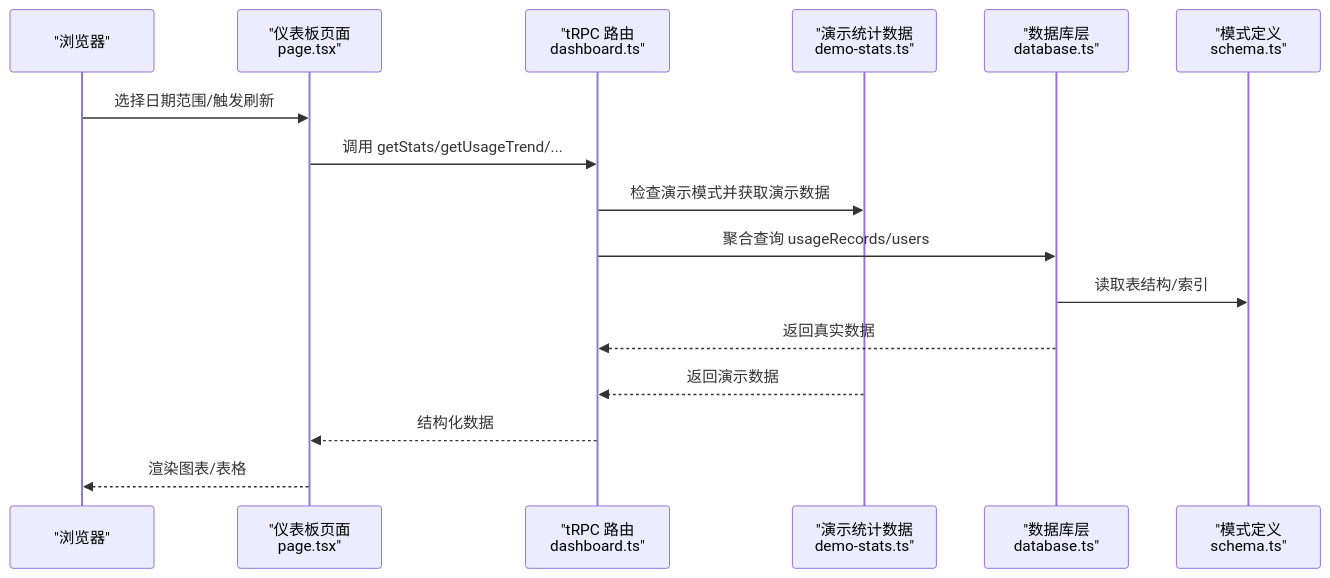
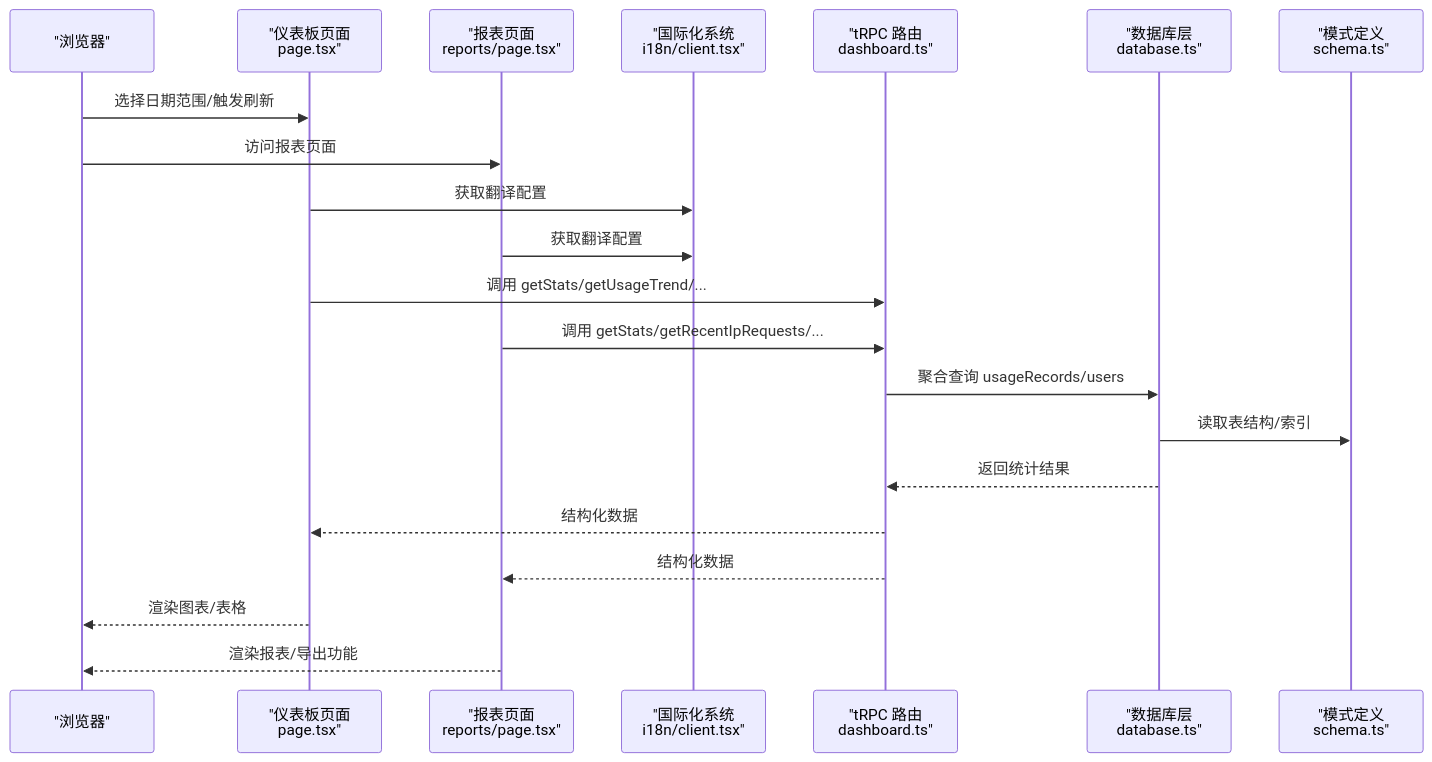
Before and after one commit to RadiumAg/AIGate: the second of 15 diagrams in .qoder/repowiki/zh/content/监控与分析/监控与分析.md, drawn with Mermaid. The commit also changed other lines of this file and 21 other files, not shown here.

````diff
--- a/.qoder/repowiki/zh/content/监控与分析/监控与分析.md
+++ b/.qoder/repowiki/zh/content/监控与分析/监控与分析.md
@@ -170,18 +133,23 @@
 ```mermaid
 sequenceDiagram
 participant Client as "浏览器"
-participant Page as "仪表板页面<br/>page.tsx"
+participant Dashboard as "仪表板页面<br/>page.tsx"
+participant Reports as "报表页面<br/>reports/page.tsx"
+participant I18n as "国际化系统<br/>i18n/client.tsx"
 participant TRPC as "tRPC 路由<br/>dashboard.ts"
-participant DemoStats as "演示统计数据<br/>demo-stats.ts"
 participant DB as "数据库层<br/>database.ts"
 participant Schema as "模式定义<br/>schema.ts"
-Client->>Page : 选择日期范围/触发刷新
-Page->>TRPC : 调用 getStats/getUsageTrend/...
-TRPC->>DemoStats : 检查演示模式并获取演示数据
+Client->>Dashboard : 选择日期范围/触发刷新
+Client->>Reports : 访问报表页面
+Dashboard->>I18n : 获取翻译配置
+Reports->>I18n : 获取翻译配置
+Dashboard->>TRPC : 调用 getStats/getUsageTrend/...
+Reports->>TRPC : 调用 getStats/getRecentIpRequests/...
 TRPC->>DB : 聚合查询 usageRecords/users
 DB->>Schema : 读取表结构/索引
-DB-->>TRPC : 返回真实数据
-DemoStats-->>TRPC : 返回演示数据
-TRPC-->>Page : 结构化数据
-Page-->>Client : 渲染图表/表格
+DB-->>TRPC : 返回统计结果
+TRPC-->>Dashboard : 结构化数据
+TRPC-->>Reports : 结构化数据
+Dashboard-->>Client : 渲染图表/表格
+Reports-->>Client : 渲染报表/导出功能
 ```
````
